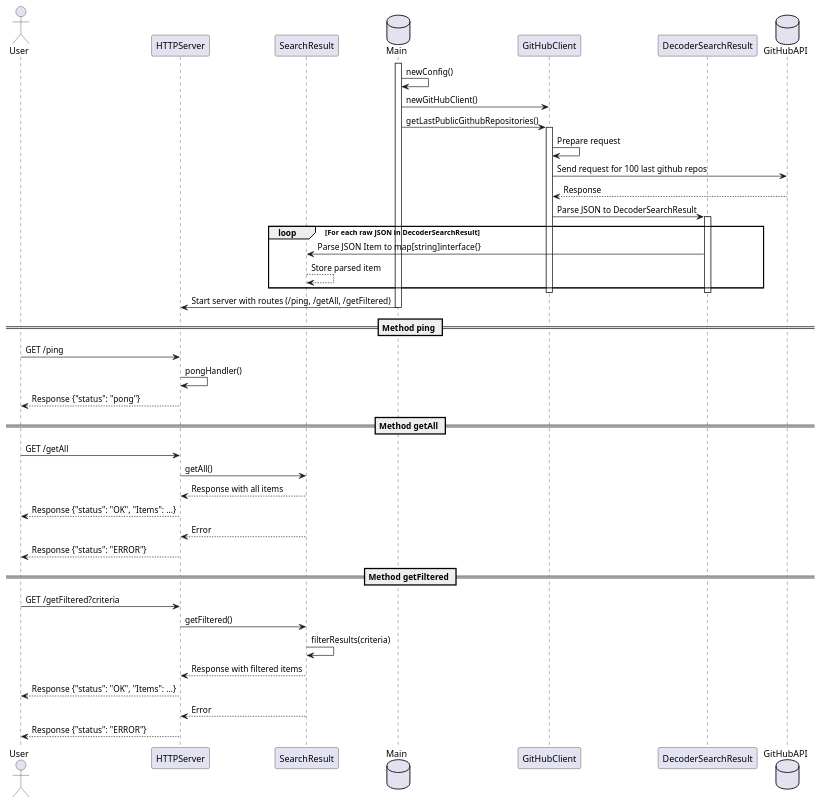
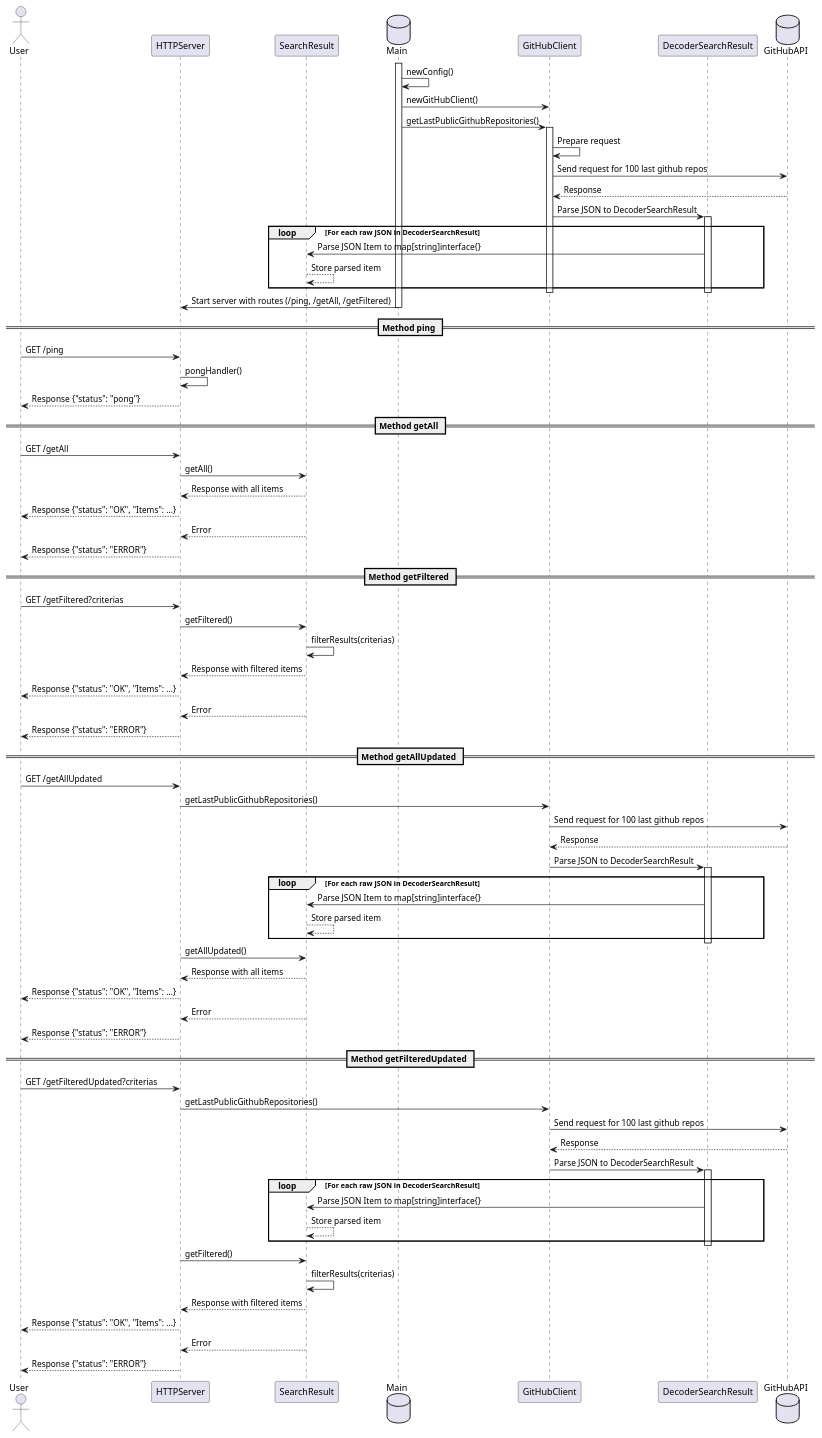
Before and after one commit to jeanyves-b/TestScalingo: the diagram in architecture/sequenceDiagram.puml, drawn with PlantUML. The commit also changed 2 other files, not shown here.

Commit message:
doc and architecture updates

```diff
--- a/architecture/sequenceDiagram.puml
+++ b/architecture/sequenceDiagram.puml
@@ -1,56 +1,101 @@
 @startuml
 actor		User
 participant HTTPServer
 participant SearchResult
 database 	Main
 participant GitHubClient
 participant DecoderSearchResult
 database	GitHubAPI
 
 activate Main
 Main -> Main: newConfig()
 Main -> GitHubClient: newGitHubClient()
 Main -> GitHubClient: getLastPublicGithubRepositories()
 activate GitHubClient
 
 GitHubClient -> GitHubClient: Prepare request
 GitHubClient -> GitHubAPI: Send request for 100 last github repos
 
 GitHubAPI --> GitHubClient: Response
 GitHubClient -> DecoderSearchResult: Parse JSON to DecoderSearchResult
 activate DecoderSearchResult
 
 loop For each raw JSON in DecoderSearchResult
     DecoderSearchResult -> SearchResult: Parse JSON Item to map[string]interface{}
     SearchResult --> SearchResult: Store parsed item
 end
 deactivate DecoderSearchResult
 deactivate GitHubClient
 deactivate DecoderSearchResult
 
 Main -> HTTPServer: Start server with routes (/ping, /getAll, /getFiltered)
 deactivate Main
 
 == Method ping ==
 User -> HTTPServer: GET /ping
 HTTPServer -> HTTPServer: pongHandler()
 HTTPServer --> User: Response {"status": "pong"}
 
 == Method getAll ==
 User -> HTTPServer: GET /getAll
 HTTPServer -> SearchResult: getAll()
 SearchResult --> HTTPServer: Response with all items
 HTTPServer --> User: Response {"status": "OK", "Items": ...} 
 SearchResult --> HTTPServer: Error
 HTTPServer --> User: Response {"status": "ERROR"}
 
 == Method getFiltered ==
-User -> HTTPServer: GET /getFiltered?criteria
+User -> HTTPServer: GET /getFiltered?criterias
 HTTPServer -> SearchResult: getFiltered()
-SearchResult -> SearchResult: filterResults(criteria)
+SearchResult -> SearchResult: filterResults(criterias)
+SearchResult --> HTTPServer: Response with filtered items
+HTTPServer --> User: Response {"status": "OK", "Items": ...} 
+SearchResult --> HTTPServer: Error
+HTTPServer --> User: Response {"status": "ERROR"}
+
+== Method getAllUpdated ==
+User -> HTTPServer: GET /getAllUpdated
+
+HTTPServer -> GitHubClient: getLastPublicGithubRepositories()
+GitHubClient -> GitHubAPI: Send request for 100 last github repos
+GitHubAPI --> GitHubClient: Response
+GitHubClient -> DecoderSearchResult: Parse JSON to DecoderSearchResult
+activate DecoderSearchResult
+loop For each raw JSON in DecoderSearchResult
+    DecoderSearchResult -> SearchResult: Parse JSON Item to map[string]interface{}
+    SearchResult --> SearchResult: Store parsed item
+end
+deactivate DecoderSearchResult
+deactivate GitHubClient
+deactivate DecoderSearchResult
+
+HTTPServer -> SearchResult: getAllUpdated()
+SearchResult --> HTTPServer: Response with all items
+HTTPServer --> User: Response {"status": "OK", "Items": ...} 
+SearchResult --> HTTPServer: Error
+HTTPServer --> User: Response {"status": "ERROR"}
+
+== Method getFilteredUpdated ==
+User -> HTTPServer: GET /getFilteredUpdated?criterias
+
+HTTPServer -> GitHubClient: getLastPublicGithubRepositories()
+GitHubClient -> GitHubAPI: Send request for 100 last github repos
+GitHubAPI --> GitHubClient: Response
+GitHubClient -> DecoderSearchResult: Parse JSON to DecoderSearchResult
+activate DecoderSearchResult
+loop For each raw JSON in DecoderSearchResult
+    DecoderSearchResult -> SearchResult: Parse JSON Item to map[string]interface{}
+    SearchResult --> SearchResult: Store parsed item
+end
+deactivate DecoderSearchResult
+deactivate GitHubClient
+deactivate DecoderSearchResult
+
+HTTPServer -> SearchResult: getFiltered()
+SearchResult -> SearchResult: filterResults(criterias)
 SearchResult --> HTTPServer: Response with filtered items
 HTTPServer --> User: Response {"status": "OK", "Items": ...} 
 SearchResult --> HTTPServer: Error
 HTTPServer --> User: Response {"status": "ERROR"}
 
 @enduml
```
